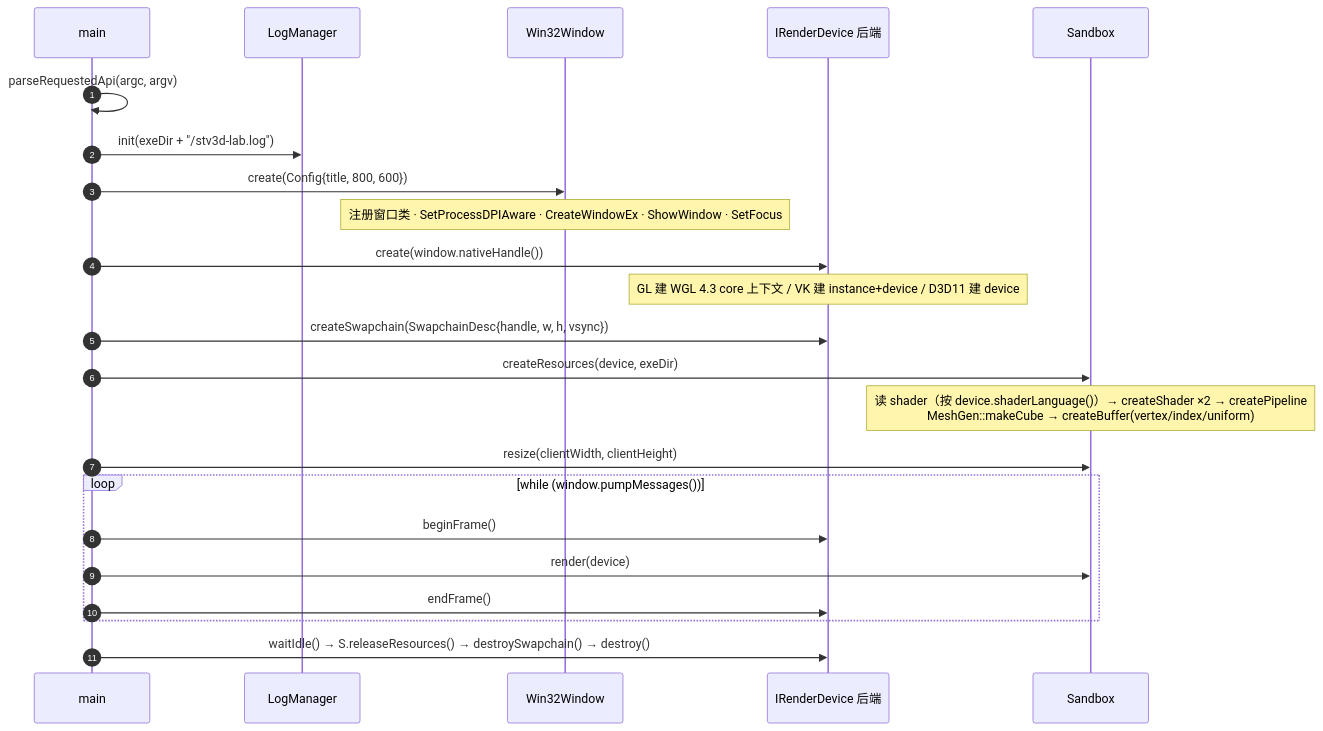
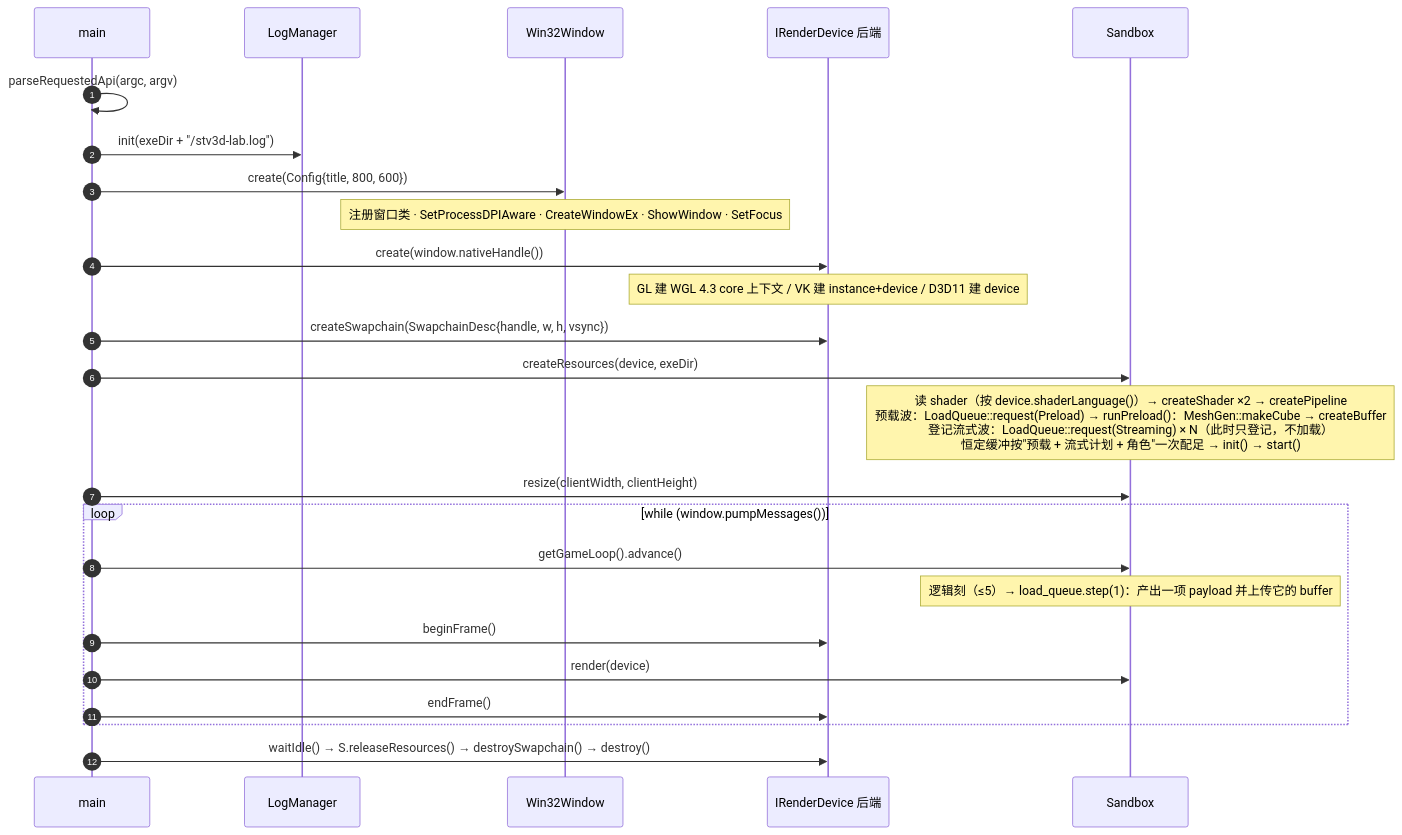
One commit to Setvia/stv3d-lab changed the third of 14 diagrams in ARCHITECTURE.md. Above: the diagram before and after it, drawn with Mermaid. The commit also changed other lines of this file and 9 other files, not shown here.

First line of the commit message:
engine: staged load queue, so the scene no longer waits for everything before the loop

````diff
--- a/ARCHITECTURE.md
+++ b/ARCHITECTURE.md
@@ -196,26 +197,28 @@
 ```mermaid
 sequenceDiagram
     autonumber
     participant M as main
     participant L as LogManager
     participant W as Win32Window
     participant D as IRenderDevice 后端
     participant S as Sandbox
 
     M->>M: parseRequestedApi(argc, argv)
     M->>L: init(exeDir + "/stv3d-lab.log")
     M->>W: create(Config{title, 800, 600})
     Note over W: 注册窗口类 · SetProcessDPIAware · CreateWindowEx · ShowWindow · SetFocus
     M->>D: create(window.nativeHandle())
     Note over D: GL 建 WGL 4.3 core 上下文 / VK 建 instance+device / D3D11 建 device
     M->>D: createSwapchain(SwapchainDesc{handle, w, h, vsync})
     M->>S: createResources(device, exeDir)
-    Note over S: 读 shader（按 device.shaderLanguage()）→ createShader ×2 → createPipeline<br/>MeshGen::makeCube → createBuffer(vertex/index/uniform)
+    Note over S: 读 shader（按 device.shaderLanguage()）→ createShader ×2 → createPipeline<br/>预载波：LoadQueue::request(Preload) → runPreload()：MeshGen::makeCube → createBuffer<br/>登记流式波：LoadQueue::request(Streaming) × N（此时只登记，不加载）<br/>恒定缓冲按"预载 + 流式计划 + 角色"一次配足 → init() → start()
     M->>S: resize(clientWidth, clientHeight)
     loop while (window.pumpMessages())
+        M->>S: getGameLoop().advance()
+        Note over S: 逻辑刻（≤5）→ load_queue.step(1)：产出一项 payload 并上传它的 buffer
         M->>D: beginFrame()
         M->>S: render(device)
         M->>D: endFrame()
     end
     M->>D: waitIdle() → S.releaseResources() → destroySwapchain() → destroy()
 ```
````
